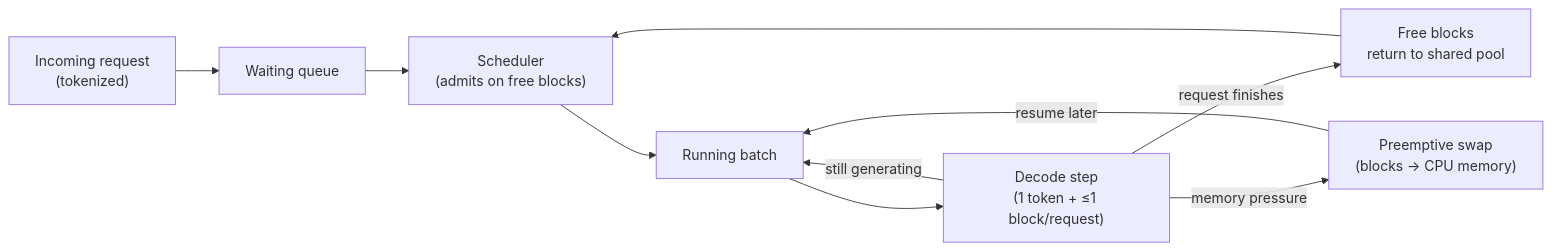
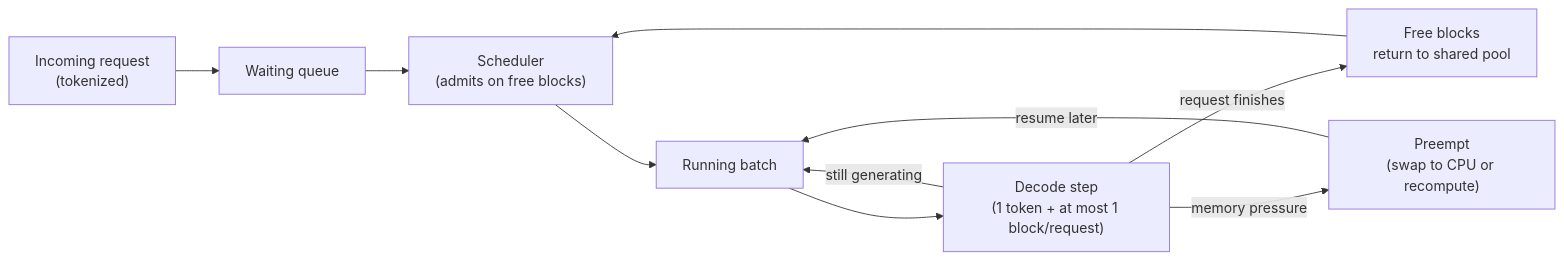
Before and after one commit to romancobblepot/AI-system-design-primer: the second of 3 diagrams in case-studies/llm-inference-serving/README.md, drawn with Mermaid. The commit also changed other lines of this file and 49 other files, not shown here.

````diff
--- a/case-studies/llm-inference-serving/README.md
+++ b/case-studies/llm-inference-serving/README.md
@@ -154,12 +261,12 @@
 ```mermaid
 flowchart LR
     REQ["Incoming request\n(tokenized)"] --> Q["Waiting queue"]
     Q --> SCHED["Scheduler\n(admits on free blocks)"]
     SCHED --> BATCH["Running batch"]
-    BATCH --> DECODE["Decode step\n(1 token + ≤1 block/request)"]
+    BATCH --> DECODE["Decode step\n(1 token + at most 1 block/request)"]
     DECODE -->|request finishes| FREE["Free blocks\nreturn to shared pool"]
     FREE --> SCHED
-    DECODE -->|memory pressure| PREEMPT["Preemptive swap\n(blocks → CPU memory)"]
+    DECODE -->|memory pressure| PREEMPT["Preempt\n(swap to CPU or recompute)"]
     PREEMPT -->|resume later| BATCH
     DECODE -->|still generating| BATCH
 ```
````
